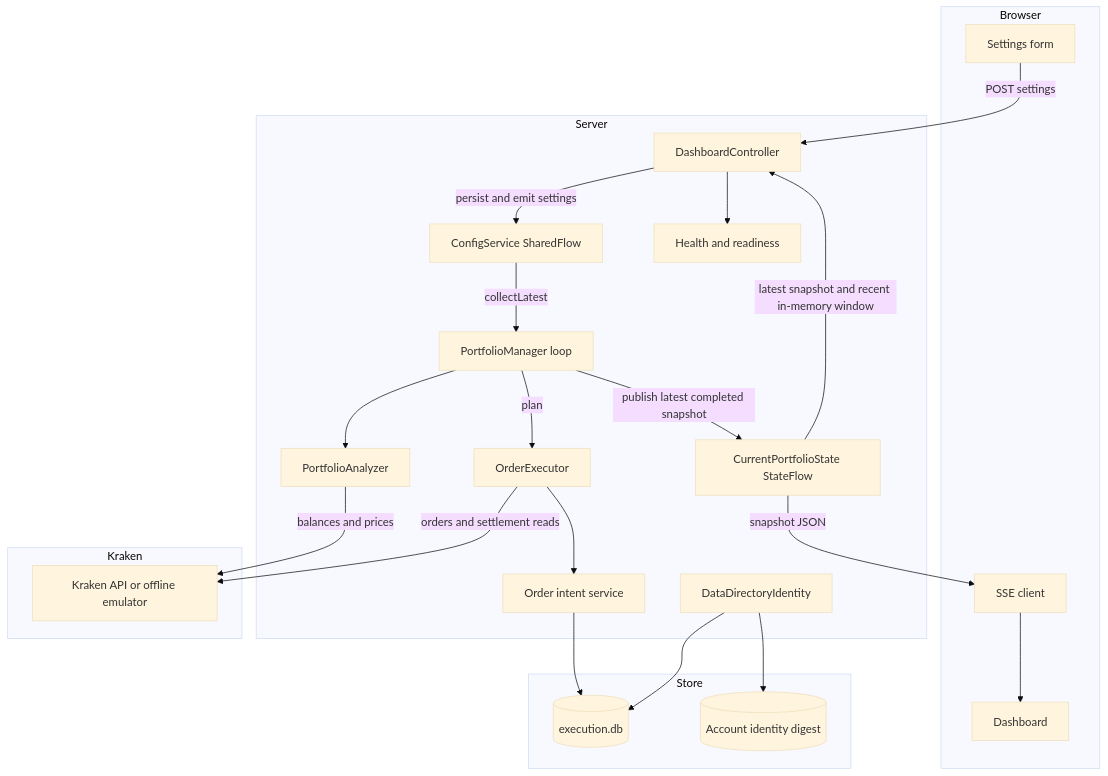
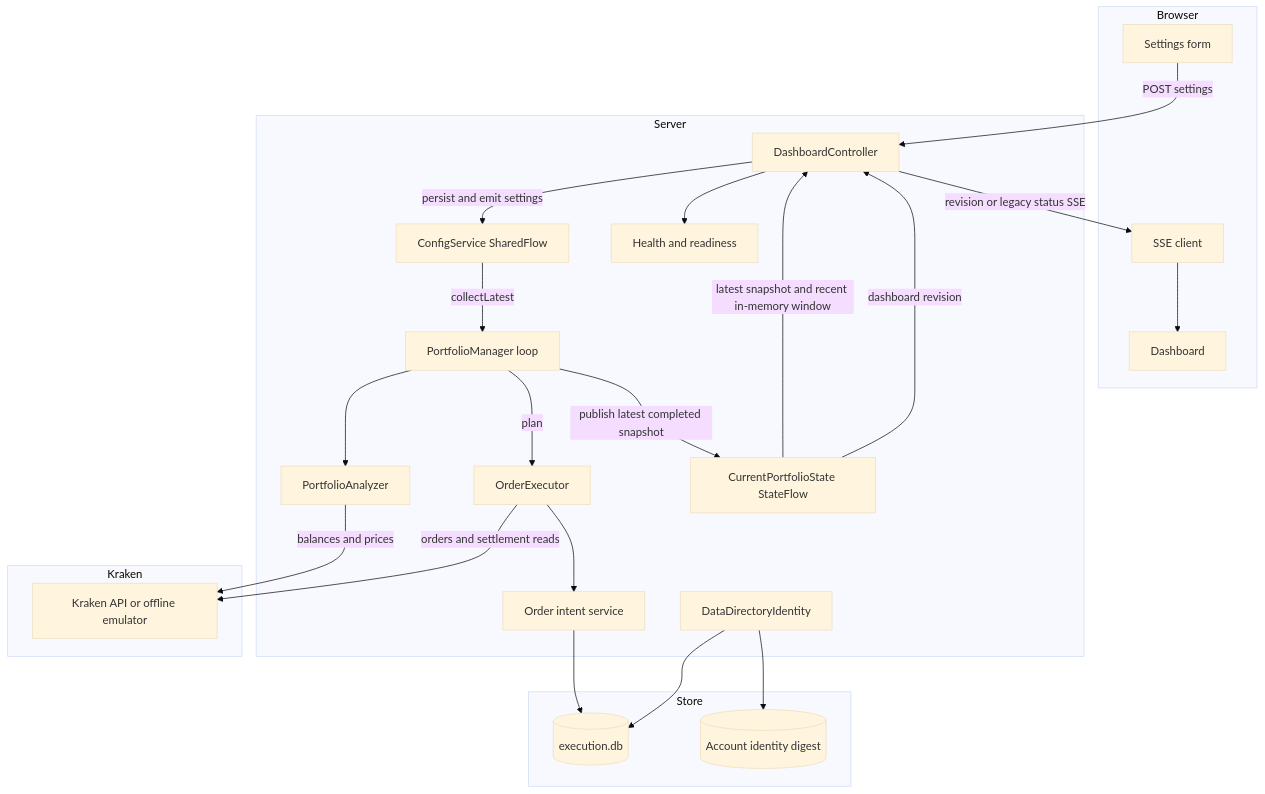
One commit to HyperVon/new-kraken-rebalancer changed the first of 3 diagrams in docs/FLOWS.md. Above: the diagram before and after it, drawn with Mermaid (base theme). The commit also changed other lines of this file and 20 other files, not shown here.

````diff
--- a/docs/FLOWS.md
+++ b/docs/FLOWS.md
@@ -16,46 +16,47 @@
 ```mermaid
 flowchart TB
     subgraph Browser
         Settings[Settings form]
         Dashboard[Dashboard]
         SSE[SSE client]
     end
 
     subgraph Server
         Controller[DashboardController]
         Config[ConfigService SharedFlow]
         Manager[PortfolioManager loop]
         Analyzer[PortfolioAnalyzer]
         Executor[OrderExecutor]
         Current[CurrentPortfolioState StateFlow]
         OrderIntent[Order intent service]
         Identity[DataDirectoryIdentity]
         Health[Health and readiness]
     end
 
     subgraph Kraken
         Exchange[Kraken API or offline emulator]
     end
 
     subgraph Store
         ExecutionDB[(execution.db)]
         IdentityFile[(Account identity digest)]
     end
 
     Settings -->|POST settings| Controller
     Controller -->|persist and emit settings| Config
     Config -->|collectLatest| Manager
     Manager --> Analyzer
     Analyzer -->|balances and prices| Exchange
     Manager -->|plan| Executor
     Executor -->|orders and settlement reads| Exchange
     Executor --> OrderIntent
     OrderIntent --> ExecutionDB
     Manager -->|publish latest completed snapshot| Current
     Current -->|latest snapshot and recent in-memory window| Controller
-    Current -->|snapshot JSON| SSE
+    Current -->|dashboard revision| Controller
+    Controller -->|revision or legacy status SSE| SSE
     SSE --> Dashboard
     Controller --> Health
     Identity --> ExecutionDB
     Identity --> IdentityFile
 ```
````
